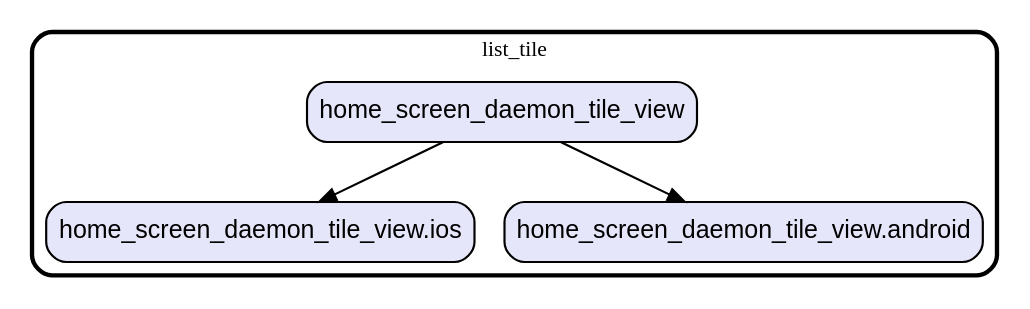
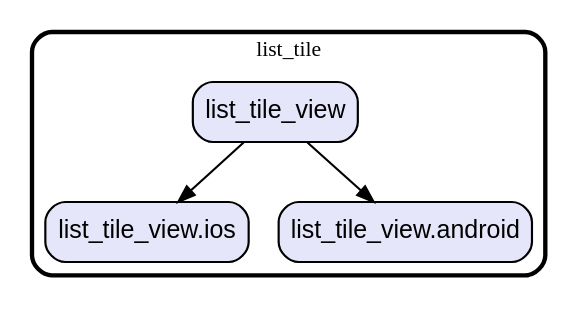
The diagram in graph/lib/ui/widgets/list_tile.dot (gev/reacthome-mobile), drawn with Graphviz before and after one commit. The commit also changed 23 other files, not shown here.

Commit message:
update modules dependencies graph

```diff
--- a/graph/lib/ui/widgets/list_tile.dot
+++ b/graph/lib/ui/widgets/list_tile.dot
@@ -1,16 +1,16 @@
 digraph "" {
   graph [style=rounded fontname="Arial Black" fontsize=13 penwidth=2.6];
   node [shape=rect style="filled,rounded" fontname=Arial fontsize=15 fillcolor=Lavender penwidth=1.3];
   edge [penwidth=1.3];
-  "/home_screen_daemon_tile_view.ios.dart" [label="home_screen_daemon_tile_view.ios"];
-  "/home_screen_daemon_tile_view.android.dart" [label="home_screen_daemon_tile_view.android"];
-  "/home_screen_daemon_tile_view.dart" [label="home_screen_daemon_tile_view"];
+  "/list_tile_view.ios.dart" [label="list_tile_view.ios"];
+  "/list_tile_view.android.dart" [label="list_tile_view.android"];
+  "/list_tile_view.dart" [label="list_tile_view"];
   subgraph "cluster~" {
     label="list_tile";
-    "/home_screen_daemon_tile_view.ios.dart";
-    "/home_screen_daemon_tile_view.android.dart";
-    "/home_screen_daemon_tile_view.dart";
+    "/list_tile_view.ios.dart";
+    "/list_tile_view.android.dart";
+    "/list_tile_view.dart";
   }
-  "/home_screen_daemon_tile_view.dart" -> "/home_screen_daemon_tile_view.android.dart";
-  "/home_screen_daemon_tile_view.dart" -> "/home_screen_daemon_tile_view.ios.dart";
+  "/list_tile_view.dart" -> "/list_tile_view.android.dart";
+  "/list_tile_view.dart" -> "/list_tile_view.ios.dart";
 }
```
